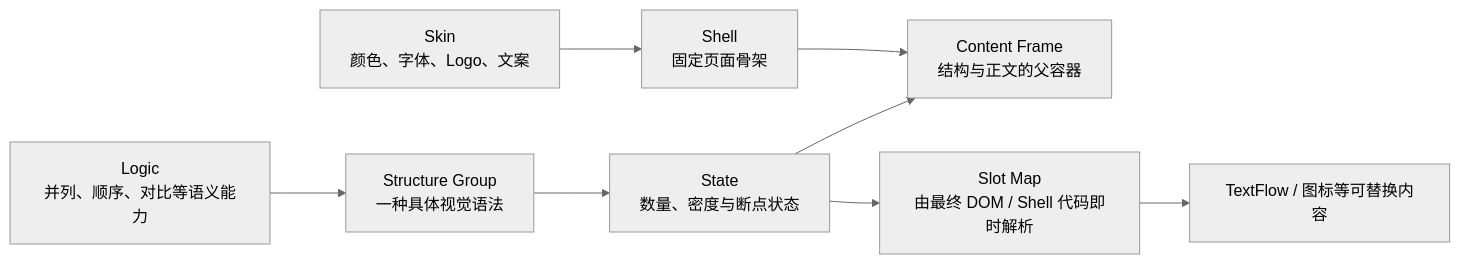
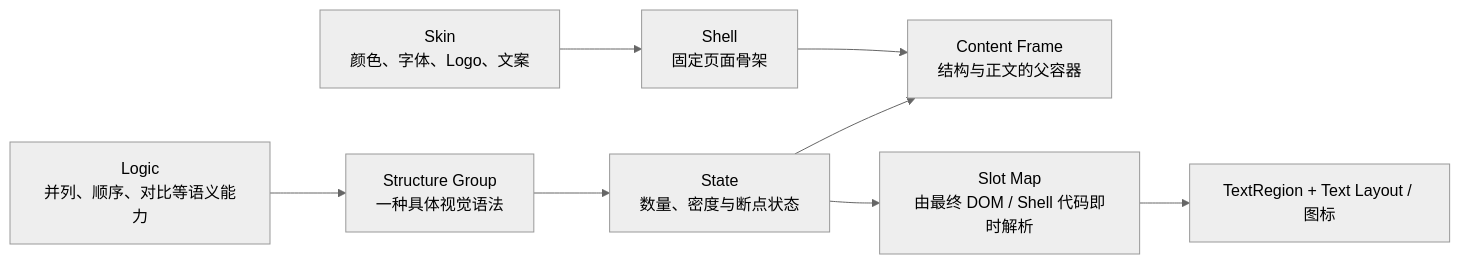
Before and after one commit to NEUwpy/PPagenT: the diagram in docs/Shell与Logic契约.md, drawn with Mermaid (neutral theme). The commit also changed other lines of this file and 193 other files, not shown here.

````diff
--- a/docs/Shell与Logic契约.md
+++ b/docs/Shell与Logic契约.md
@@ -7,10 +7,10 @@
 ```mermaid
 flowchart LR
     A["Skin\n颜色、字体、Logo、文案"] --> B["Shell\n固定页面骨架"]
     B --> C["Content Frame\n结构与正文的父容器"]
     D["Logic\n并列、顺序、对比等语义能力"] --> E["Structure Group\n一种具体视觉语法"]
     E --> F["State\n数量、密度与断点状态"]
     F --> C
     F --> G["Slot Map\n由最终 DOM / Shell 代码即时解析"]
-    G --> H["TextFlow / 图标等可替换内容"]
+    G --> H["TextRegion + Text Layout / 图标"]
 ```
````
